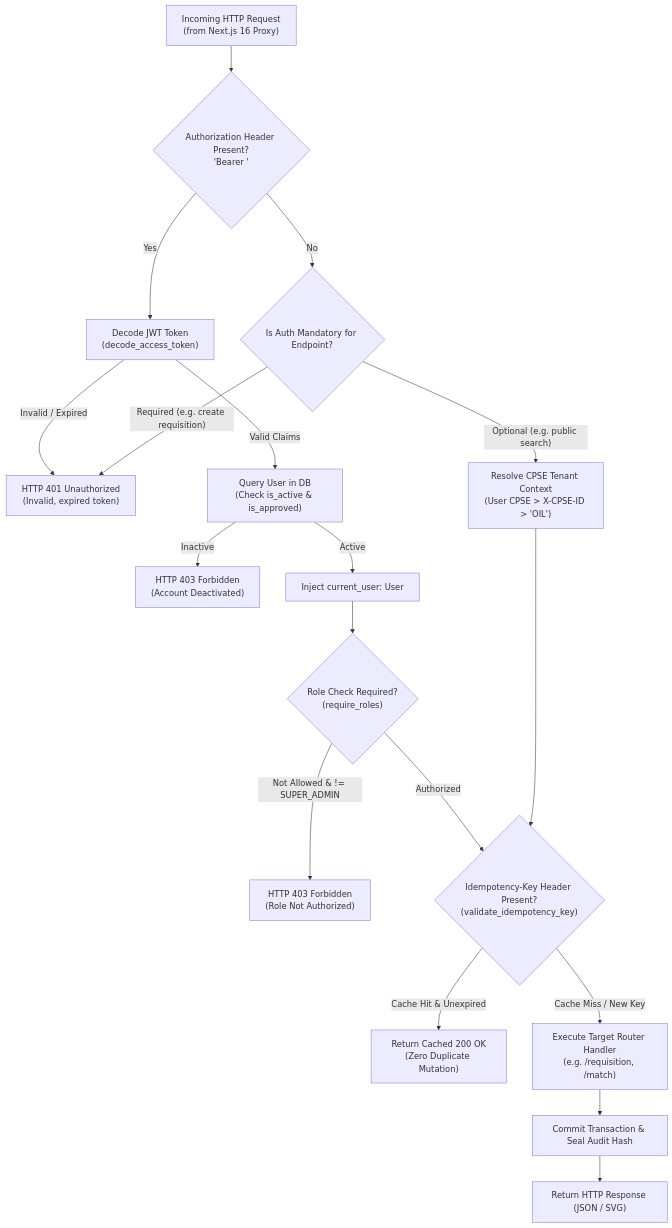
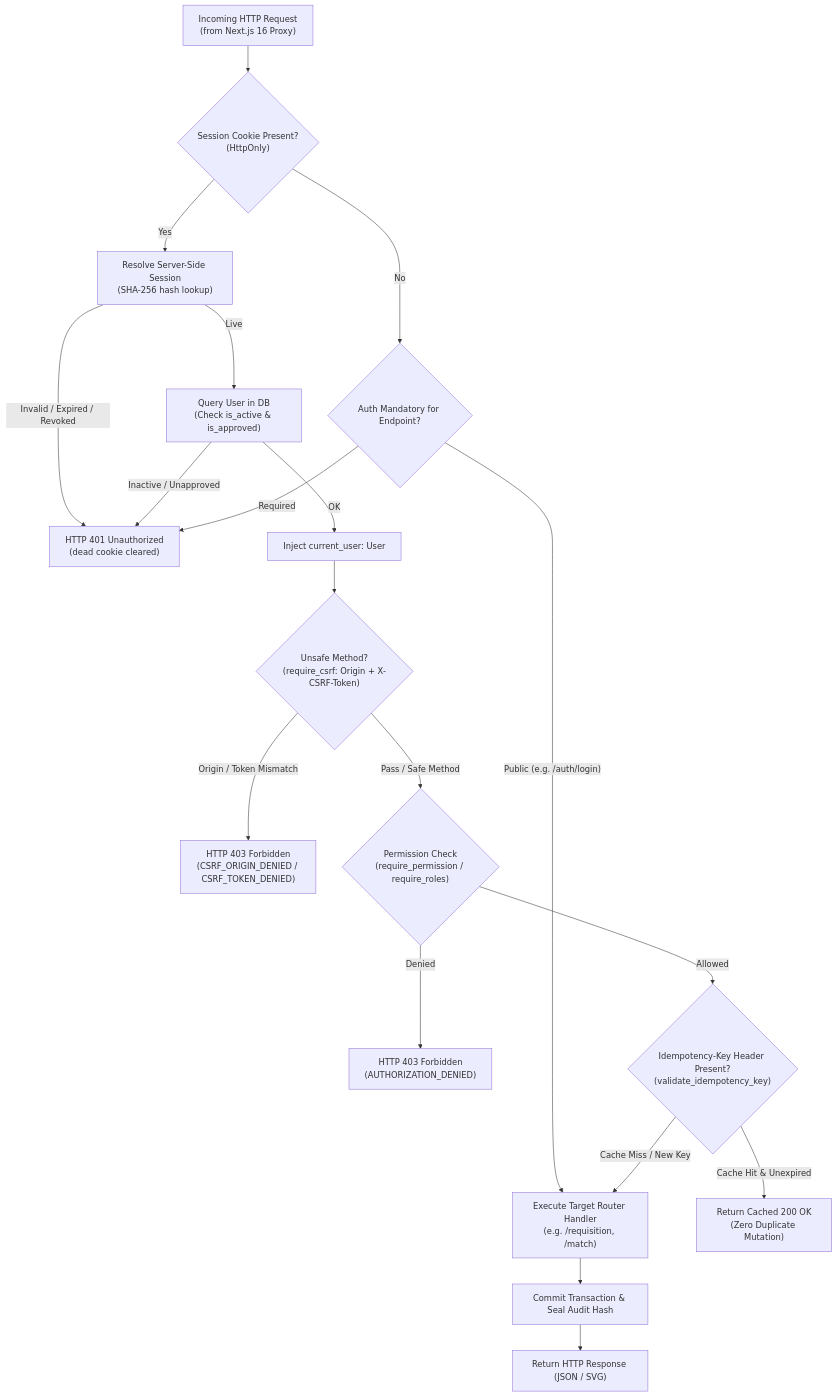
Before and after one commit to Gesicht436/Samanvay-AI: the diagram in backend/app/api/README.md, drawn with Mermaid. The commit also changed other lines of this file and 5 other files, not shown here.

Commit message:
docs(auth): remove legacy JWT references

````diff
--- a/backend/app/api/README.md
+++ b/backend/app/api/README.md
@@ -13,28 +13,29 @@
 ```mermaid
 flowchart TD
-    Req["Incoming HTTP Request<br/>(from Next.js 16 Proxy)"] --> CheckAuth{"Authorization Header Present?<br/>'Bearer <JWT>'"}
+    Req["Incoming HTTP Request<br/>(from Next.js 16 Proxy)"] --> CheckCookie{"Session Cookie Present?<br/>(HttpOnly)"}
 
-    CheckAuth -- Yes --> DecodeToken["Decode JWT Token<br/>(decode_access_token)"]
-    CheckAuth -- No --> CheckOptional{"Is Auth Mandatory for Endpoint?"}
+    CheckCookie -- Yes --> ResolveSession["Resolve Server-Side Session<br/>(SHA-256 hash lookup)"]
+    CheckCookie -- No --> AuthCheck{"Auth Mandatory for Endpoint?"}
 
-    DecodeToken -- Invalid / Expired --> Err401["HTTP 401 Unauthorized<br/>(Invalid, expired token)"]
-    DecodeToken -- Valid Claims --> QueryUser["Query User in DB<br/>(Check is_active & is_approved)"]
+    ResolveSession -- Invalid / Expired / Revoked --> Err401["HTTP 401 Unauthorized<br/>(dead cookie cleared)"]
+    ResolveSession -- Live --> QueryUser["Query User in DB<br/>(Check is_active & is_approved)"]
 
-    QueryUser -- Inactive --> Err403["HTTP 403 Forbidden<br/>(Account Deactivated)"]
-    QueryUser -- Active --> SetUser["Inject current_user: User"]
+    QueryUser -- Inactive / Unapproved --> Err401
+    QueryUser -- OK --> SetUser["Inject current_user: User"]
 
-    CheckOptional -- Optional (e.g. public search) --> ResolveTenant["Resolve CPSE Tenant Context<br/>(User CPSE > X-CPSE-ID > 'OIL')"]
-    CheckOptional -- Required (e.g. create requisition) --> Err401
+    AuthCheck -- Public (e.g. /auth/login) --> RouteHandler
+    AuthCheck -- Required --> Err401
 
-    SetUser --> RoleGuard{"Role Check Required?<br/>(require_roles)"}
-    RoleGuard -- Not Allowed & != SUPER_ADMIN --> ErrRole403["HTTP 403 Forbidden<br/>(Role Not Authorized)"]
-    RoleGuard -- Authorized --> IdemCheck{"Idempotency-Key Header Present?<br/>(validate_idempotency_key)"}
+    SetUser --> CsrfGate{"Unsafe Method?<br/>(require_csrf: Origin + X-CSRF-Token)"}
+    CsrfGate -- Origin / Token Mismatch --> Err403csrf["HTTP 403 Forbidden<br/>(CSRF_ORIGIN_DENIED / CSRF_TOKEN_DENIED)"]
+    CsrfGate -- Pass / Safe Method --> RoleGuard{"Permission Check<br/>(require_permission / require_roles)"}
 
-    ResolveTenant --> IdemCheck
+    RoleGuard -- Denied --> ErrRole403["HTTP 403 Forbidden<br/>(AUTHORIZATION_DENIED)"]
+    RoleGuard -- Allowed --> IdemCheck{"Idempotency-Key Header Present?<br/>(validate_idempotency_key)"}
 
     IdemCheck -- Cache Hit & Unexpired --> ReturnCache["Return Cached 200 OK<br/>(Zero Duplicate Mutation)"]
     IdemCheck -- Cache Miss / New Key --> RouteHandler["Execute Target Router Handler<br/>(e.g. /requisition, /match)"]
 
     RouteHandler --> DBCommit["Commit Transaction & Seal Audit Hash"]
     DBCommit --> Resp["Return HTTP Response (JSON / SVG)"]
 ```
````
